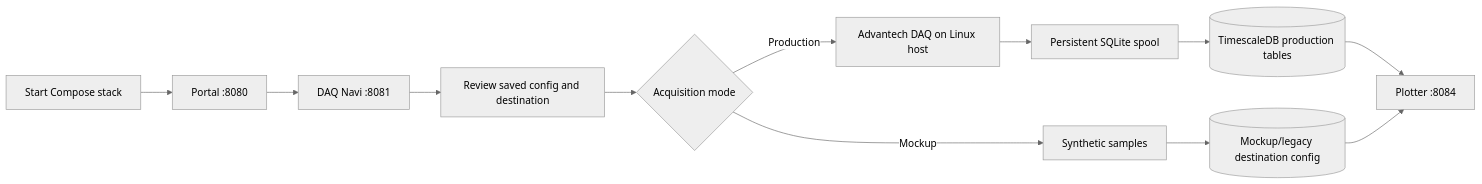
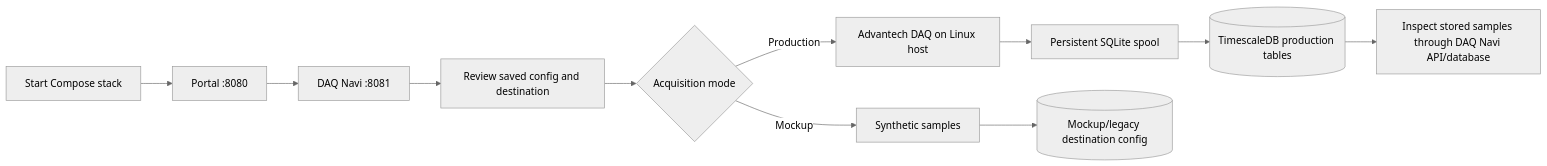
Before and after one commit to Faiisu/IIoT-data-ingest: the first of 2 diagrams in README.md, drawn with Mermaid (neutral theme). The commit also changed other lines of this file and 19 other files, not shown here.

````diff
--- a/README.md
+++ b/README.md
@@ -16,14 +15,13 @@
 ```mermaid
 graph LR
     Up[Start Compose stack] --> Portal[Portal :8080]
     Portal --> DAQ[DAQ Navi :8081]
     DAQ --> Config[Review saved config and destination]
     Config --> Mode{Acquisition mode}
     Mode -->|Production| Device[Advantech DAQ on Linux host]
     Mode -->|Mockup| Synthetic[Synthetic samples]
     Device --> Spool[Persistent SQLite spool]
     Spool --> Production[(TimescaleDB production tables)]
     Synthetic --> Mock[(Mockup/legacy destination config)]
-    Production --> Plotter[Plotter :8084]
-    Mock --> Plotter
+    Production --> Inspect[Inspect stored samples through DAQ Navi API/database]
 ```
````
